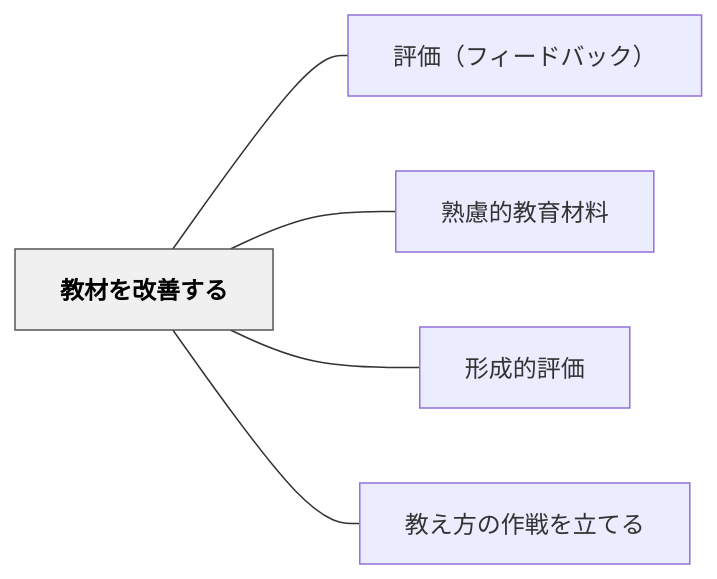
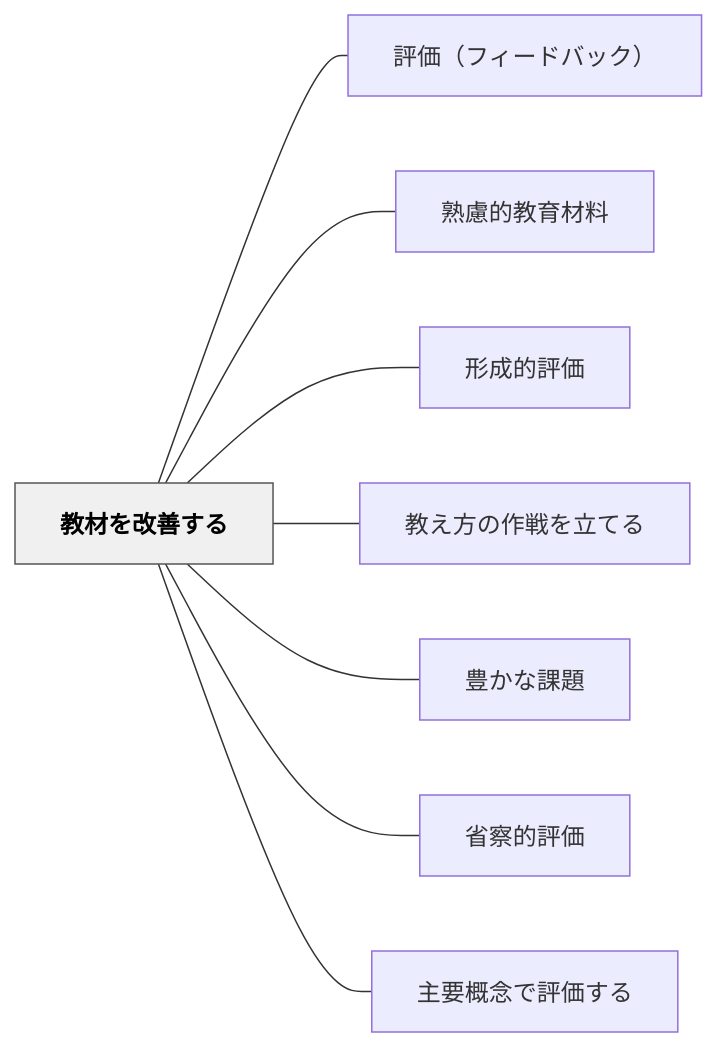
Before and after one commit to unknownthings-ed-patterns/unknownthings-ed-patterns: the diagram in content/パタン/教材を改善する.md, drawn with Mermaid. The commit also changed other lines of this file and 71 other files, not shown here.

````diff
--- a/content/パタン/教材を改善する.md
+++ b/content/パタン/教材を改善する.md
@@ -45,16 +48,22 @@
 ```mermaid
 flowchart LR
     ne69599e69d90e38292e694b9e59684e38199e3828b["教材を改善する"]
     ne8a995e4bea1efbc88e38395e382a3e383bce38389e38390e38383e382afefbc89["評価（フィードバック）"]
     ne7869fe685aee79a84e69599e882b2e69d90e69699["熟慮的教育材料"]
     ne5bda2e68890e79a84e8a995e4bea1["形成的評価"]
     ne69599e38188e696b9e381aee4bd9ce688a6e38292e7ab8be381a6e3828b["教え方の作戦を立てる"]
+    ne8b18ae3818be381aae8aab2e9a18c["豊かな課題"]
+    ne79c81e5af9fe79a84e8a995e4bea1["省察的評価"]
+    ne4b8bbe8a681e6a682e5bfb5e381a7e8a995e4bea1e38199e3828b["主要概念で評価する"]
 
     ne69599e69d90e38292e694b9e59684e38199e3828b --- ne8a995e4bea1efbc88e38395e382a3e383bce38389e38390e38383e382afefbc89
     ne69599e69d90e38292e694b9e59684e38199e3828b --- ne7869fe685aee79a84e69599e882b2e69d90e69699
     ne69599e69d90e38292e694b9e59684e38199e3828b --- ne5bda2e68890e79a84e8a995e4bea1
     ne69599e69d90e38292e694b9e59684e38199e3828b --- ne69599e38188e696b9e381aee4bd9ce688a6e38292e7ab8be381a6e3828b
+    ne69599e69d90e38292e694b9e59684e38199e3828b --- ne8b18ae3818be381aae8aab2e9a18c
+    ne69599e69d90e38292e694b9e59684e38199e3828b --- ne79c81e5af9fe79a84e8a995e4bea1
+    ne69599e69d90e38292e694b9e59684e38199e3828b --- ne4b8bbe8a681e6a682e5bfb5e381a7e8a995e4bea1e38199e3828b
 
     classDef hub fill:#f0f0f0,stroke:#555,color:#000,font-weight:bold
     class ne69599e69d90e38292e694b9e59684e38199e3828b hub
 ```
````
